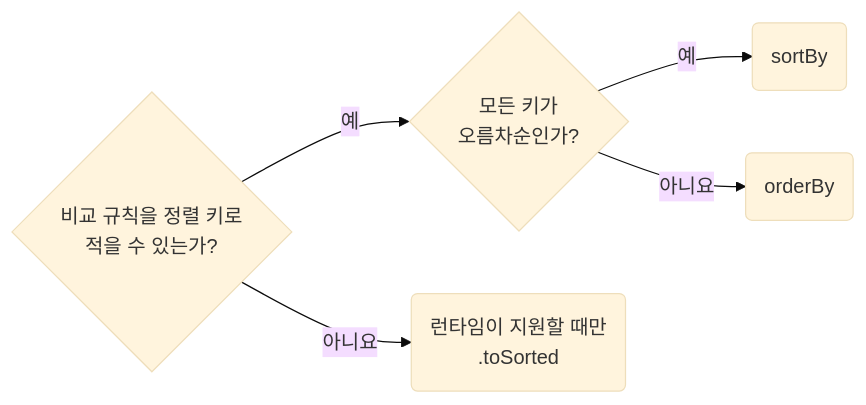
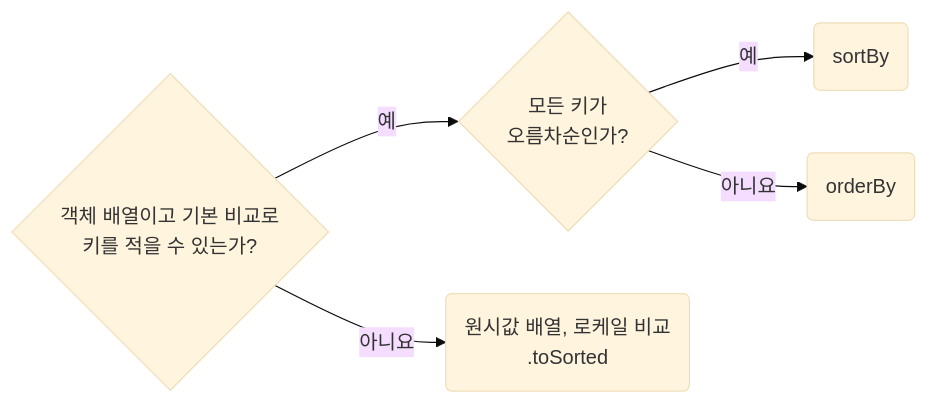
The diagram in skill/typescript/rules/04-01-values-prefer-immutable-array-sorting.md (nomeehej/agent-conventions), drawn with Mermaid (base theme) before and after one commit. The commit also changed other lines of this file and 69 other files, not shown here.

````diff
--- a/skill/typescript/rules/04-01-values-prefer-immutable-array-sorting.md
+++ b/skill/typescript/rules/04-01-values-prefer-immutable-array-sorting.md
@@ -20,6 +20,6 @@
 ```mermaid
 flowchart LR
-	q1{"비교 규칙을 정렬 키로<br>적을 수 있는가?"} -- 예 --> q2{"모든 키가<br>오름차순인가?"} -- 예 --> r2("sortBy")
-	q1 -- 아니요 --> r1("런타임이 지원할 때만<br>.toSorted")
+	q1{"객체 배열이고 기본 비교로<br>키를 적을 수 있는가?"} -- 예 --> q2{"모든 키가<br>오름차순인가?"} -- 예 --> r2("sortBy")
+	q1 -- 아니요 --> r1("원시값 배열, 로케일 비교<br>.toSorted")
 	q2 -- 아니요 --> r3("orderBy")
 ```
````
